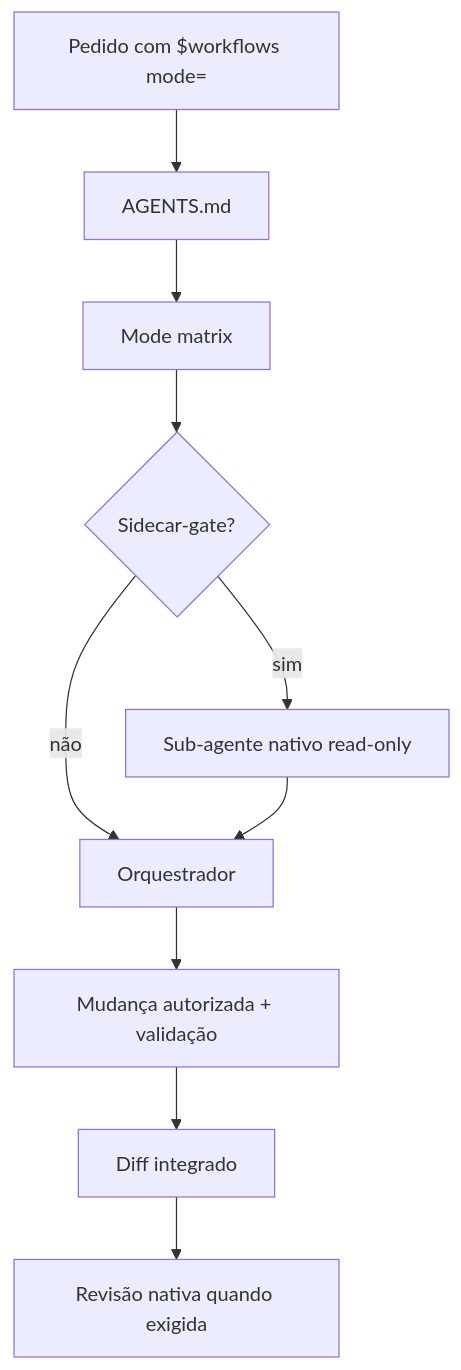
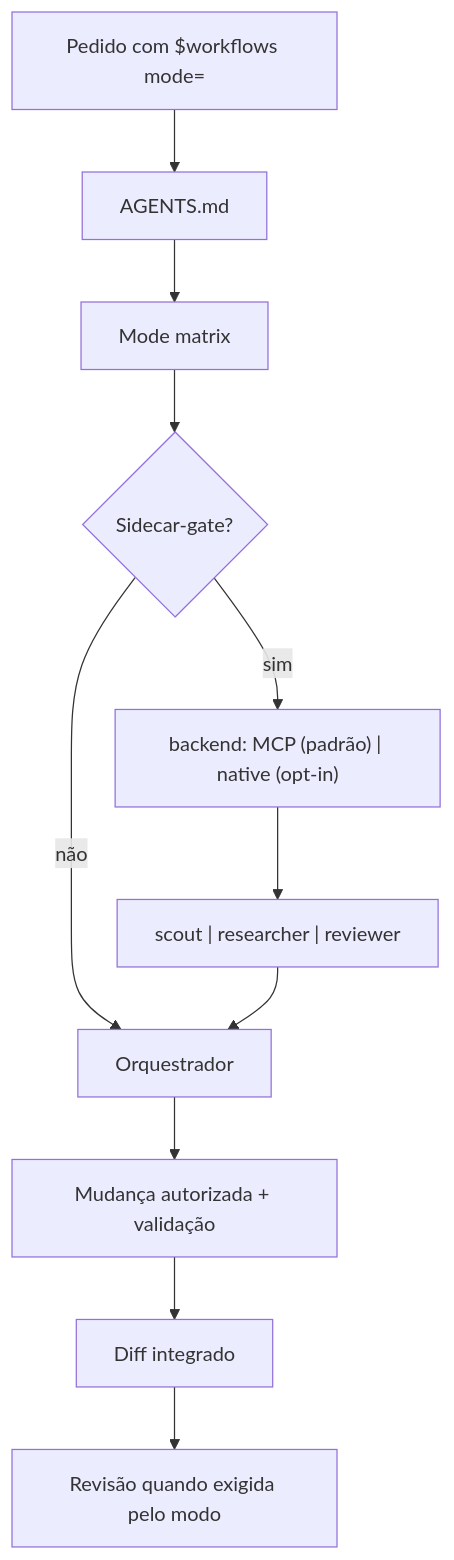
The diagram in docs/architecture.md (CheekyCodexConjurer/codex-workflows-kit), drawn with Mermaid before and after one commit. The commit also changed other lines of this file and 15 other files, not shown here.

```diff
--- a/docs/architecture.md
+++ b/docs/architecture.md
@@ -18,12 +18,13 @@
 ~~~mermaid
 flowchart TD
     USER["Pedido com $workflows mode=<MODE>"] --> AGENTS["AGENTS.md"]
     AGENTS --> MATRIX["Mode matrix"]
     MATRIX --> DECIDE{"Sidecar-gate?"}
     DECIDE -->|"não"| PARENT["Orquestrador"]
-    DECIDE -->|"sim"| NATIVE["Sub-agente nativo read-only"]
-    NATIVE --> PARENT
+    DECIDE -->|"sim"| BACKEND["backend: MCP (padrão) | native (opt-in)"]
+    BACKEND --> SIDE["scout | researcher | reviewer"]
+    SIDE --> PARENT
     PARENT --> VERIFY["Mudança autorizada + validação"]
     VERIFY --> FREEZE["Diff integrado"]
-    FREEZE --> REVIEW["Revisão nativa quando exigida"]
+    FREEZE --> REVIEW["Revisão quando exigida pelo modo"]
 ~~~
```
